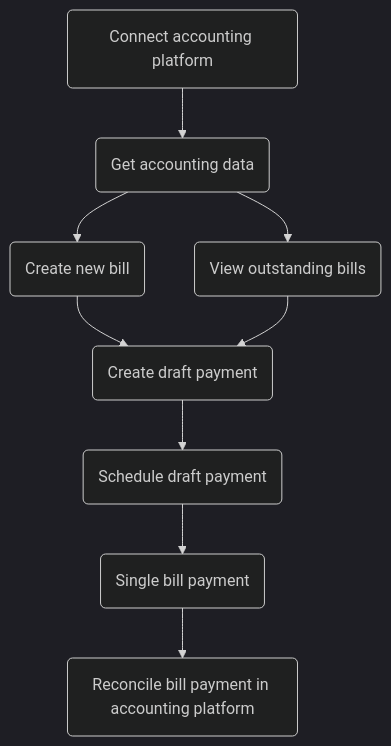
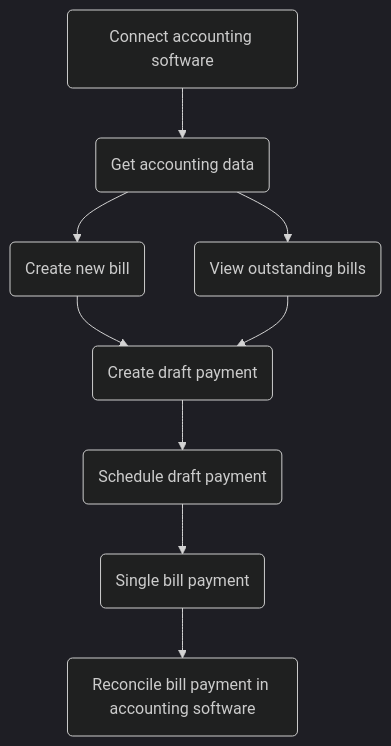
One commit to codatio/codat-docs changed the diagram in docs/payables/bill-pay-kit.md. Above: the diagram before and after it, drawn with Mermaid (dark theme). The commit also changed other lines of this file and 168 other files, not shown here.

````diff
--- a/docs/payables/bill-pay-kit.md
+++ b/docs/payables/bill-pay-kit.md
@@ -23,13 +23,13 @@
 ```mermaid
 
   flowchart TD
-    A(Connect accounting platform) --> B(Get accounting data)
+    A(Connect accounting software) --> B(Get accounting data)
     B --> H(Create new bill)
     H --> D
     B --> C(View outstanding bills)
     C -->D(Create draft payment)
     D -->E(Schedule draft payment)
     E -->F(Single bill payment)
-    F -->G(Reconcile bill payment in accounting platform)
+    F -->G(Reconcile bill payment in accounting software)
 
 ```
````
